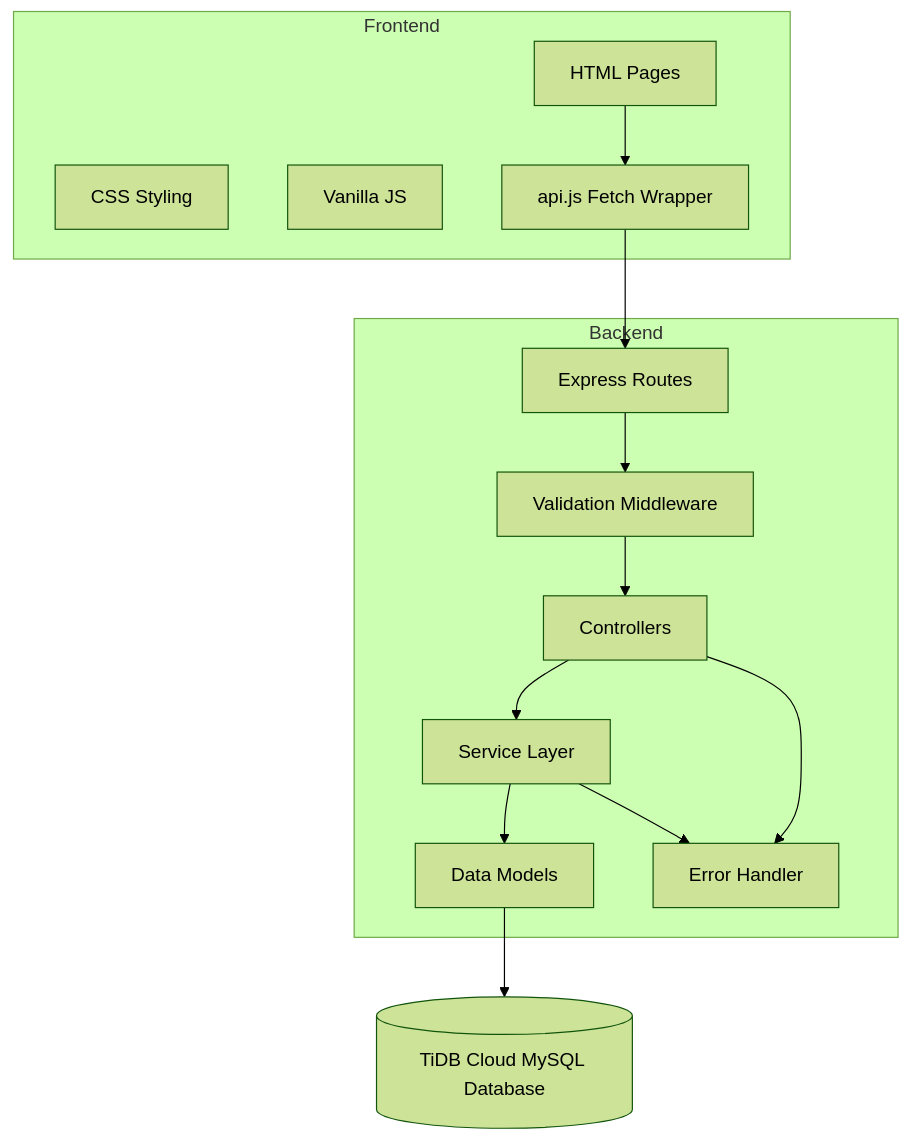
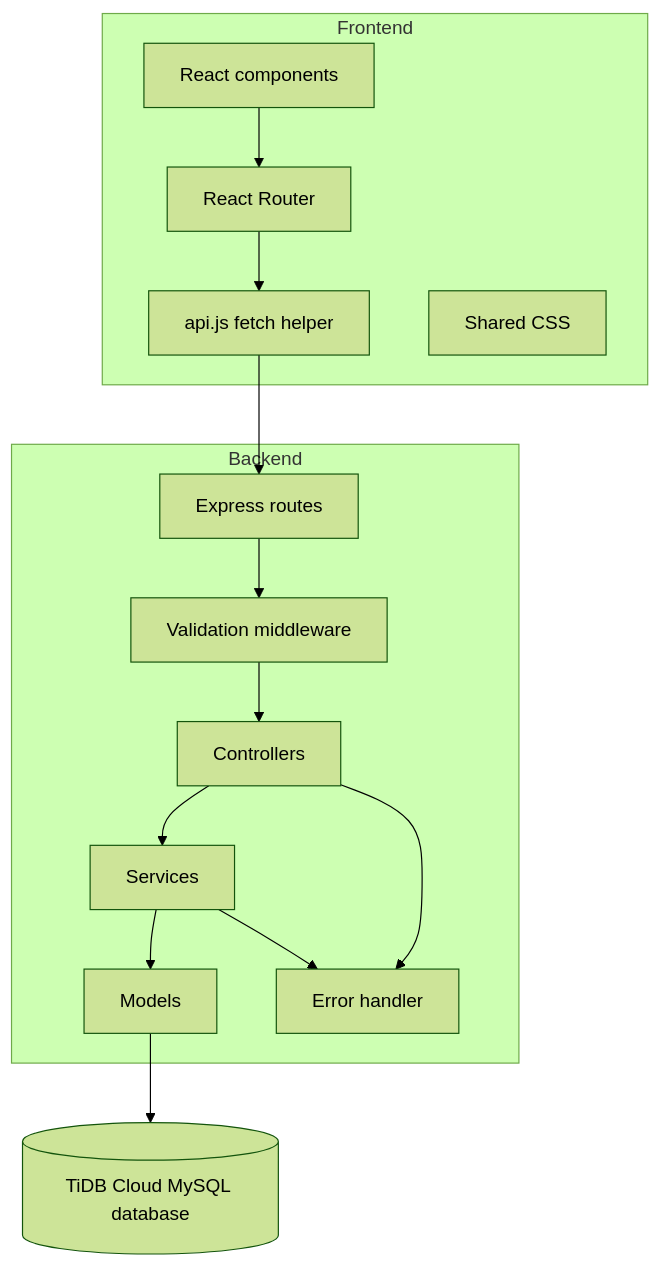
The second of 2 diagrams in Tournament-System/README.md (RithvikAavula/Tournament-System), drawn with Mermaid (forest theme) before and after one commit. The commit also changed other lines of this file and 2359 other files, not shown here.

````diff
--- a/Tournament-System/README.md
+++ b/Tournament-System/README.md
@@ -77,30 +48,25 @@
 ```mermaid
 flowchart TB
-	subgraph Frontend
-		UI[HTML Pages]
-		CSS[CSS Styling]
-		JS[Vanilla JS]
-		APIJS[api.js Fetch Wrapper]
-	end
+  subgraph Frontend
+    UI[React components]
+    ROUTER[React Router]
+    API[api.js fetch helper]
+    STYLES[Shared CSS]
+  end
 
-	subgraph Backend
-		ROUTES[Express Routes]
-		CTRL[Controllers]
-		SVC[Service Layer]
-		MODEL[Data Models]
-		ERR[Error Handler]
-		VALID[Validation Middleware]
-	end
+  subgraph Backend
+    ROUTES[Express routes]
+    CTRL[Controllers]
+    SVC[Services]
+    MODEL[Models]
+    VALID[Validation middleware]
+    ERR[Error handler]
+  end
 
-	DB[(TiDB Cloud MySQL Database)]
+  DB[(TiDB Cloud MySQL database)]
 
-	UI --> APIJS
-	APIJS --> ROUTES
-	ROUTES --> VALID
-	VALID --> CTRL
-	CTRL --> SVC
-	SVC --> MODEL
-	MODEL --> DB
-	CTRL --> ERR
-	SVC --> ERR
+  UI --> ROUTER --> API --> ROUTES
+  ROUTES --> VALID --> CTRL --> SVC --> MODEL --> DB
+  CTRL --> ERR
+  SVC --> ERR
 ```
````
